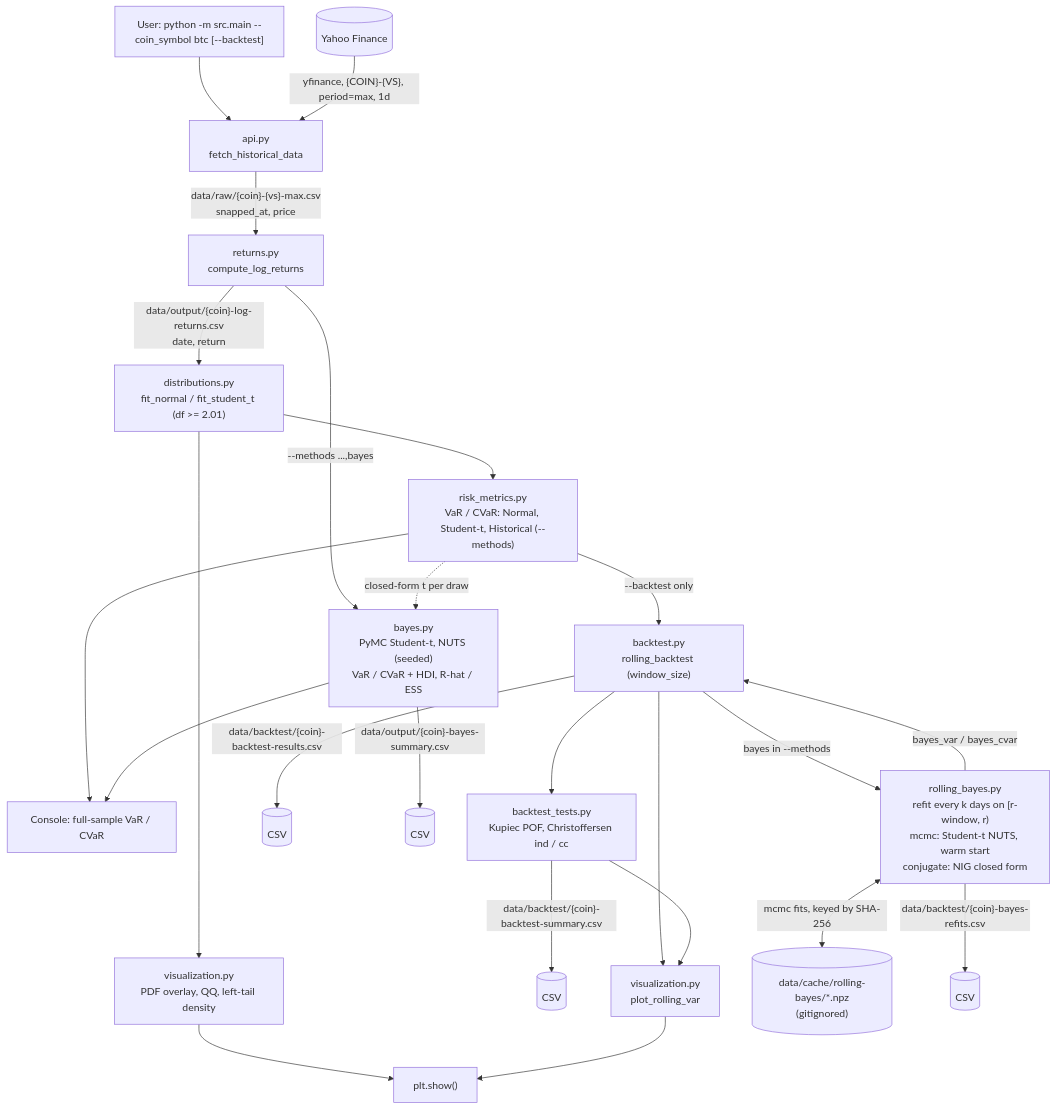
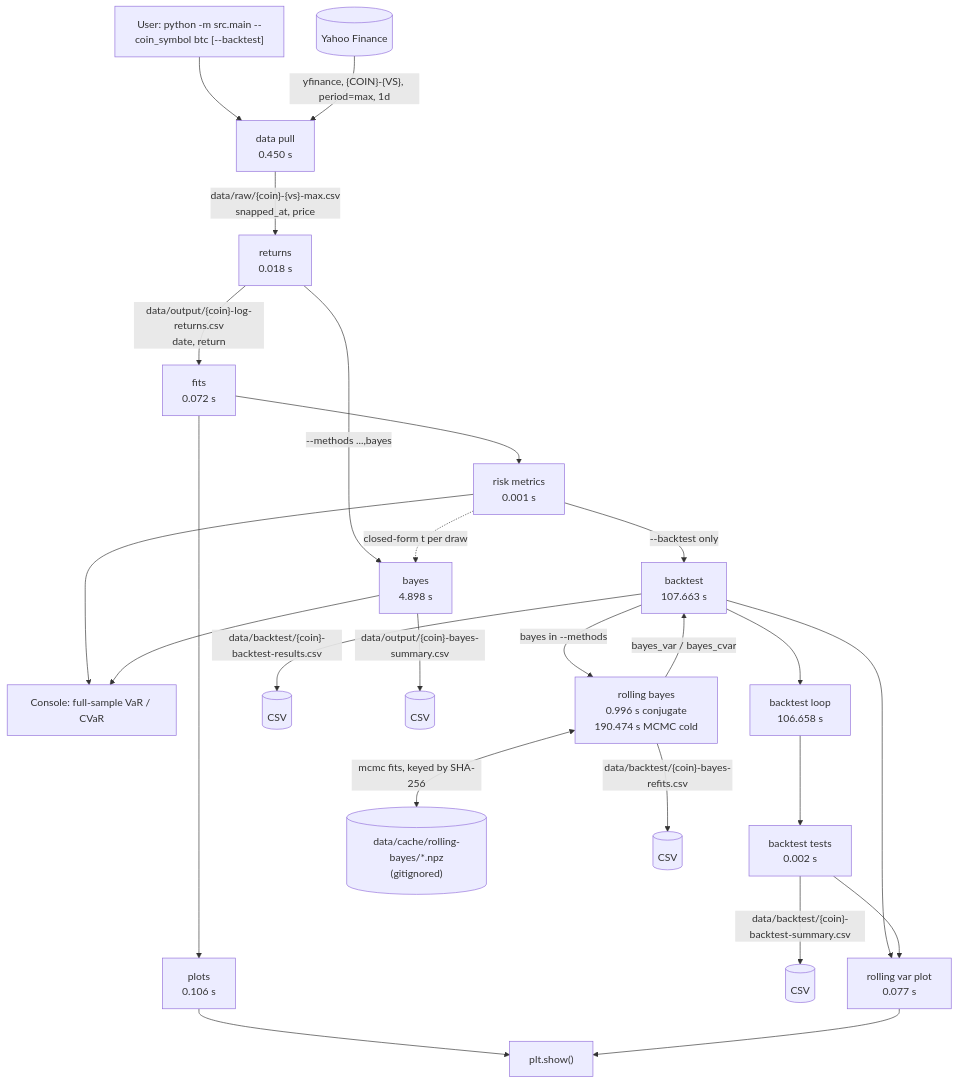
Before and after one commit to jvick1/crypto-risk-engine: the diagram in docs/APP_FLOW.md, drawn with Mermaid. The commit also changed other lines of this file and 5 other files, not shown here.

First line of the commit message:
Phase 6: document stage times, labeled APP_FLOW diagram, and flags

````diff
--- a/docs/APP_FLOW.md
+++ b/docs/APP_FLOW.md
@@ -15,26 +17,27 @@
 ```mermaid
 flowchart TD
-    U["User: python -m src.main --coin_symbol btc [--backtest]"] --> API
-    Y[(Yahoo Finance)] -->|"yfinance, {COIN}-{VS}, period=max, 1d"| API["api.py<br/>fetch_historical_data"]
-    API -->|"data/raw/{coin}-{vs}-max.csv<br/>snapped_at, price"| RET["returns.py<br/>compute_log_returns"]
-    RET -->|"data/output/{coin}-log-returns.csv<br/>date, return"| DIST["distributions.py<br/>fit_normal / fit_student_t (df >= 2.01)"]
-    DIST --> RM["risk_metrics.py<br/>VaR / CVaR: Normal, Student-t, Historical (--methods)"]
-    DIST --> VIZ1["visualization.py<br/>PDF overlay, QQ, left-tail density"]
+    U["User: python -m src.main --coin_symbol btc [--backtest]"] --> DP
+    Y[(Yahoo Finance)] -->|"yfinance, {COIN}-{VS}, period=max, 1d"| DP["data pull<br/>0.450 s"]
+    DP -->|"data/raw/{coin}-{vs}-max.csv<br/>snapped_at, price"| RET["returns<br/>0.018 s"]
+    RET -->|"data/output/{coin}-log-returns.csv<br/>date, return"| FITS["fits<br/>0.072 s"]
+    FITS --> RM["risk metrics<br/>0.001 s"]
+    FITS --> PLOTS["plots<br/>0.106 s"]
     RM --> OUT1["Console: full-sample VaR / CVaR"]
-    RM -->|"--backtest only"| BT["backtest.py<br/>rolling_backtest (window_size)"]
-    BT --> BTT["backtest_tests.py<br/>Kupiec POF, Christoffersen ind / cc"]
+    RM -->|"--backtest only"| BT["backtest<br/>107.663 s"]
+    BT --> LOOP["backtest loop<br/>106.658 s"]
+    LOOP --> BTT["backtest tests<br/>0.002 s"]
     BT -->|"data/backtest/{coin}-backtest-results.csv"| F1[(CSV)]
     BTT -->|"data/backtest/{coin}-backtest-summary.csv"| F2[(CSV)]
-    BT --> VIZ2["visualization.py<br/>plot_rolling_var"]
-    BTT --> VIZ2
-    VIZ1 --> SHOW["plt.show()"]
-    VIZ2 --> SHOW
-    RET -->|"--methods ...,bayes"| BAYES["bayes.py<br/>PyMC Student-t, NUTS (seeded)<br/>VaR / CVaR + HDI, R-hat / ESS"]
+    BT --> RVP["rolling var plot<br/>0.077 s"]
+    BTT --> RVP
+    PLOTS --> SHOW["plt.show()"]
+    RVP --> SHOW
+    RET -->|"--methods ...,bayes"| BAYES["bayes<br/>4.898 s"]
     RM -.->|"closed-form t per draw"| BAYES
     BAYES --> OUT1
     BAYES -->|"data/output/{coin}-bayes-summary.csv"| F3[(CSV)]
-    BT -->|"bayes in --methods"| RBT["rolling_bayes.py<br/>refit every k days on [r-window, r)<br/>mcmc: Student-t NUTS, warm start<br/>conjugate: NIG closed form"]
-    RBT <-->|"mcmc fits, keyed by SHA-256"| CACHE[("data/cache/rolling-bayes/*.npz<br/>(gitignored)")]
-    RBT -->|"bayes_var / bayes_cvar"| BT
-    RBT -->|"data/backtest/{coin}-bayes-refits.csv"| F4[(CSV)]
+    BT -->|"bayes in --methods"| RB["rolling bayes<br/>0.996 s conjugate<br/>190.474 s MCMC cold"]
+    RB <-->|"mcmc fits, keyed by SHA-256"| CACHE[("data/cache/rolling-bayes/*.npz<br/>(gitignored)")]
+    RB -->|"bayes_var / bayes_cvar"| BT
+    RB -->|"data/backtest/{coin}-bayes-refits.csv"| F4[(CSV)]
 ```
````
